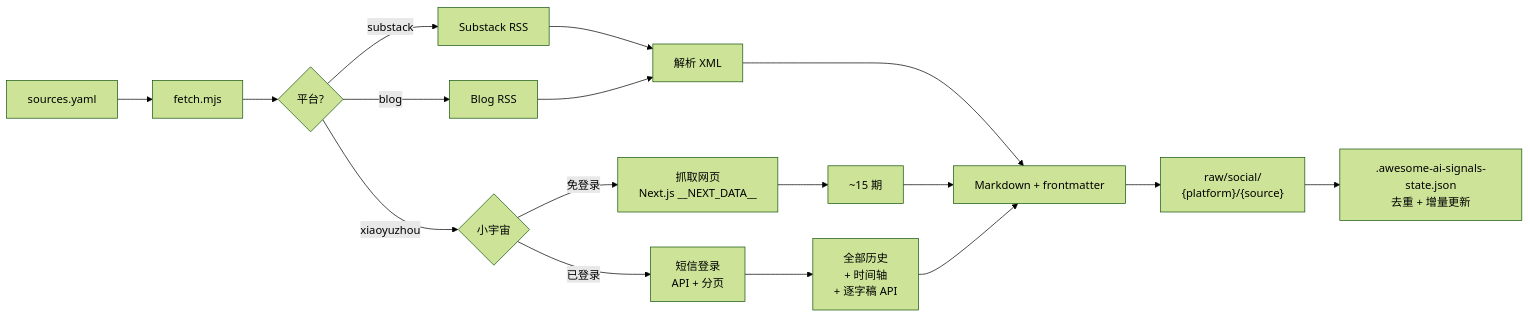
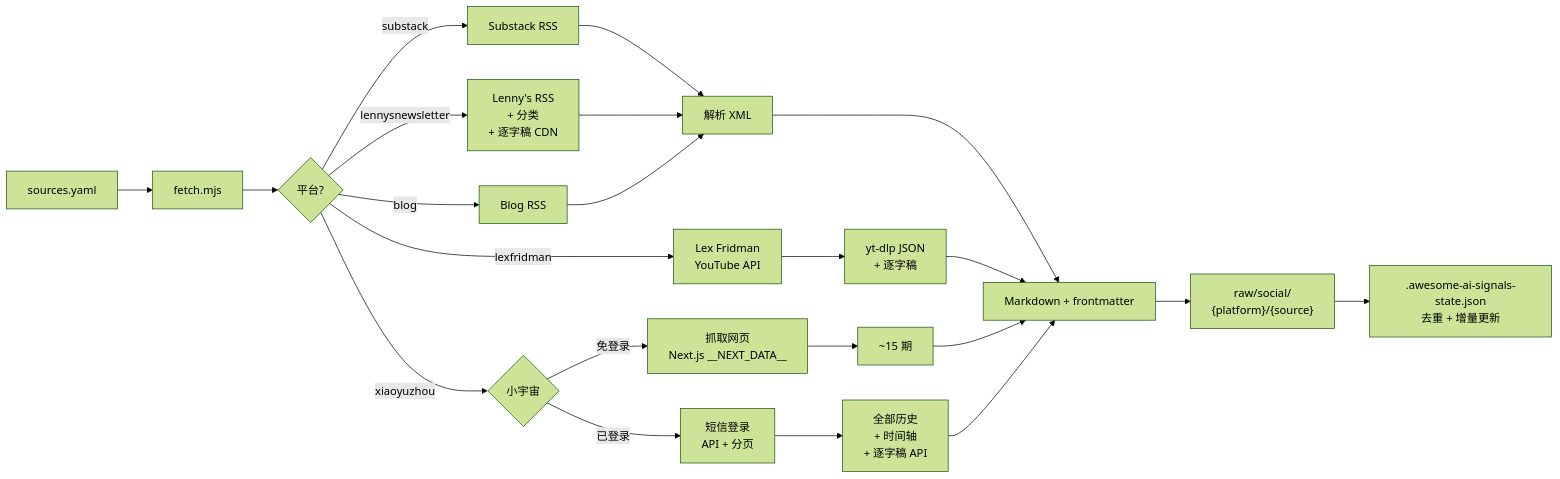
The diagram in README.zh-CN.md (Royce17/AI-Signals), drawn with Mermaid (forest theme) before and after one commit. The commit also changed other lines of this file, not shown here.

Commit message:
docs: sync Chinese README with Lex Fridman and Lenny's Newsletter

````diff
--- a/README.zh-CN.md
+++ b/README.zh-CN.md
@@ -111,32 +124,42 @@
 ```mermaid
 flowchart LR
     A[sources.yaml] --> B[fetch.mjs]
     B --> C{平台?}
 
     C -->|substack| D[Substack RSS]
+    C -->|lennysnewsletter| D2["Lenny's RSS
++ 分类
++ 逐字稿 CDN"]
     C -->|blog| E[Blog RSS]
+    C -->|lexfridman| E2["Lex Fridman
+YouTube API"]
     C -->|xiaoyuzhou| F{小宇宙}
 
     D --> G[解析 XML]
+    D2 --> G
     E --> G
+    E2 --> G2["yt-dlp JSON
++ 逐字稿"]
+
+    G --> L[Markdown + frontmatter]
+    G2 --> L
 
     F -->|免登录| H["抓取网页
 Next.js __NEXT_DATA__"]
     F -->|已登录| I["短信登录
 API + 分页"]
 
     H --> J[~15 期]
     I --> K["全部历史
 + 时间轴
 + 逐字稿 API"]
 
-    G --> L[Markdown + frontmatter]
     J --> L
     K --> L
 
     L --> M["raw/social/
 {platform}/{source}"]
 
     M --> N[".awesome-ai-signals-state.json
 去重 + 增量更新"]
 ```
````
